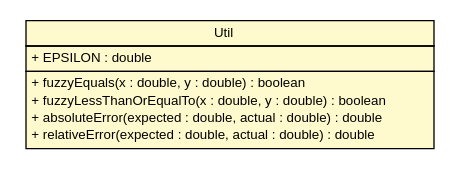
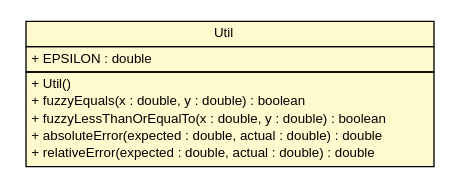
Before and after one commit to sinopeus/asteroids: the diagram in doc/Utilities/Util.dot, drawn with Graphviz. The commit also changed 940 other files, not shown here.

```diff
--- a/doc/Utilities/Util.dot
+++ b/doc/Utilities/Util.dot
@@ -1,27 +1,28 @@
 #!/usr/local/bin/dot
 #
 # Class diagram 
 # Generated by UMLGraph version R5_6 (http://www.umlgraph.org/)
 #
 
 digraph G {
 	edge [fontname="Helvetica",fontsize=10,labelfontname="Helvetica",labelfontsize=10];
 	node [fontname="Helvetica",fontsize=10,shape=plaintext];
 	nodesep=0.25;
 	ranksep=0.5;
 	// Utilities.Util
-	c17166 [label=<<table title="Utilities.Util" border="0" cellborder="1" cellspacing="0" cellpadding="2" port="p" bgcolor="lemonChiffon" href="./Util.html">
+	c17220 [label=<<table title="Utilities.Util" border="0" cellborder="1" cellspacing="0" cellpadding="2" port="p" bgcolor="lemonChiffon" href="./Util.html">
 		<tr><td><table border="0" cellspacing="0" cellpadding="1">
 <tr><td align="center" balign="center"> Util </td></tr>
 		</table></td></tr>
 		<tr><td><table border="0" cellspacing="0" cellpadding="1">
 <tr><td align="left" balign="left"> + EPSILON : double </td></tr>
 		</table></td></tr>
 		<tr><td><table border="0" cellspacing="0" cellpadding="1">
+<tr><td align="left" balign="left"> + Util() </td></tr>
 <tr><td align="left" balign="left"> + fuzzyEquals(x : double, y : double) : boolean </td></tr>
 <tr><td align="left" balign="left"> + fuzzyLessThanOrEqualTo(x : double, y : double) : boolean </td></tr>
 <tr><td align="left" balign="left"> + absoluteError(expected : double, actual : double) : double </td></tr>
 <tr><td align="left" balign="left"> + relativeError(expected : double, actual : double) : double </td></tr>
 		</table></td></tr>
 		</table>>, URL="./Util.html", fontname="Helvetica", fontcolor="black", fontsize=10.0];
 }
```
